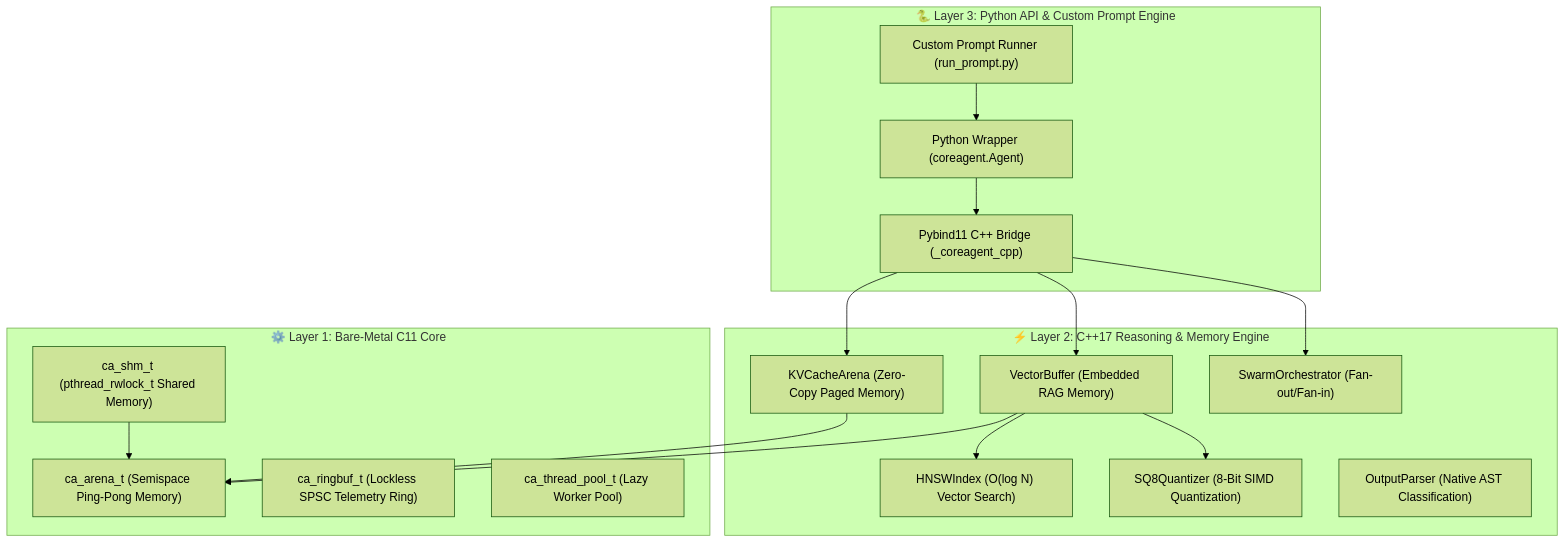
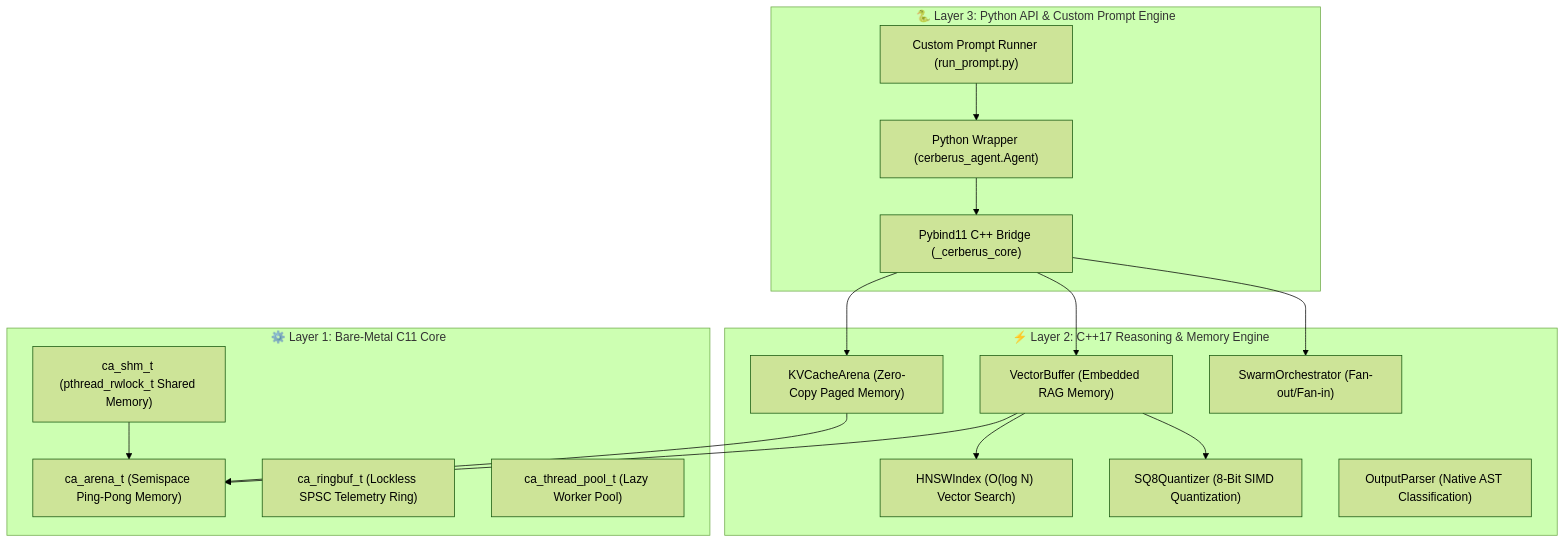
The first of 2 diagrams in DOCUMENTATION.md (ELARION12/Cerberus), drawn with Mermaid (forest theme) before and after one commit. The commit also changed other lines of this file and 52 other files, not shown here.

First line of the commit message:
Rename CoreAgent and IronAgent leftovers to Cerberus

````diff
--- a/DOCUMENTATION.md
+++ b/DOCUMENTATION.md
@@ -26,35 +26,35 @@
 ```mermaid
 graph TD
     subgraph Layer3["🐍 Layer 3: Python API & Custom Prompt Engine"]
-        API["Python Wrapper (coreagent.Agent)"]
+        API["Python Wrapper (cerberus_agent.Agent)"]
         Runner["Custom Prompt Runner (run_prompt.py)"]
-        Pybind["Pybind11 C++ Bridge (_coreagent_cpp)"]
+        Pybind["Pybind11 C++ Bridge (_cerberus_core)"]
     end
 
     subgraph Layer2["⚡ Layer 2: C++17 Reasoning & Memory Engine"]
         KVCache["KVCacheArena (Zero-Copy Paged Memory)"]
         HNSW["HNSWIndex (O(log N) Vector Search)"]
         SQ8["SQ8Quantizer (8-Bit SIMD Quantization)"]
         Vector["VectorBuffer (Embedded RAG Memory)"]
         Swarm["SwarmOrchestrator (Fan-out/Fan-in)"]
         Parser["OutputParser (Native AST Classification)"]
     end
 
     subgraph Layer1["⚙️ Layer 1: Bare-Metal C11 Core"]
         Arena["ca_arena_t (Semispace Ping-Pong Memory)"]
         SHM["ca_shm_t (pthread_rwlock_t Shared Memory)"]
         Ring["ca_ringbuf_t (Lockless SPSC Telemetry Ring)"]
         Pool["ca_thread_pool_t (Lazy Worker Pool)"]
     end
 
     Runner --> API
     API --> Pybind
     Pybind --> KVCache
     Pybind --> Vector
     Pybind --> Swarm
     Vector --> HNSW
     Vector --> SQ8
     KVCache --> Arena
     Vector --> Arena
     SHM --> Arena
 ```
````
